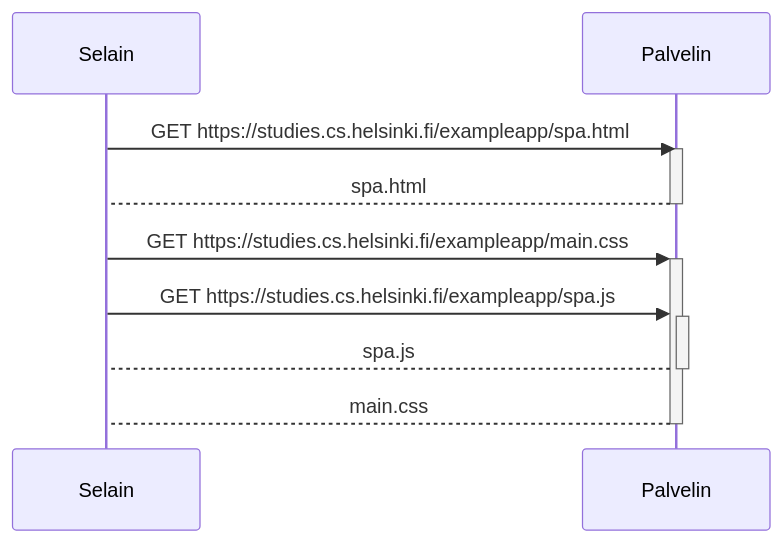
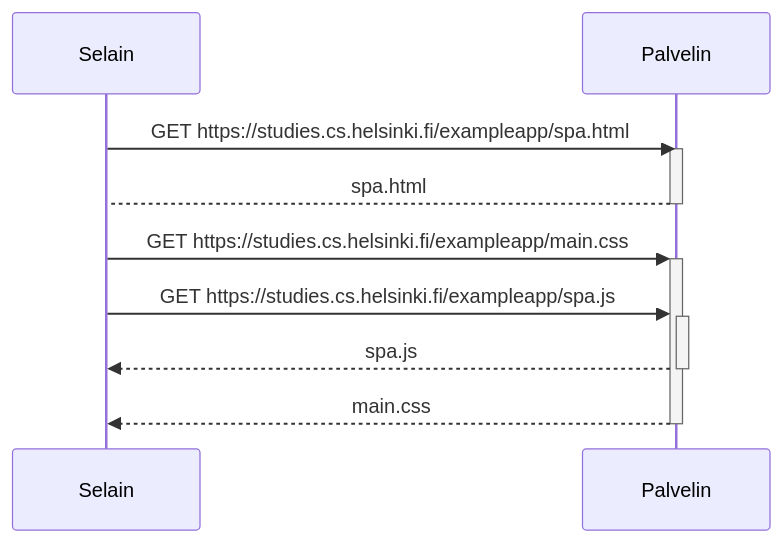
One commit to PasiParviainen/Fullstackosa0 changed the diagram in 0.5.md. Above: the diagram before and after it, drawn with Mermaid.

````diff
--- a/0.5.md
+++ b/0.5.md
@@ -1,15 +1,15 @@
 ```mermaid
 sequenceDiagram
   Participant S as Selain
   Participant P as Palvelin
 
   S->>P: GET https://studies.cs.helsinki.fi/exampleapp/spa.html
   activate P
   P-->S: spa.html
   deactivate P
 
   S->>+P: GET https://studies.cs.helsinki.fi/exampleapp/main.css
   S->>+P: GET https://studies.cs.helsinki.fi/exampleapp/spa.js
-  P-->-S: spa.js
-  P-->-S: main.css
+  P-->>-S: spa.js
+  P-->>-S: main.css
 ```
````
